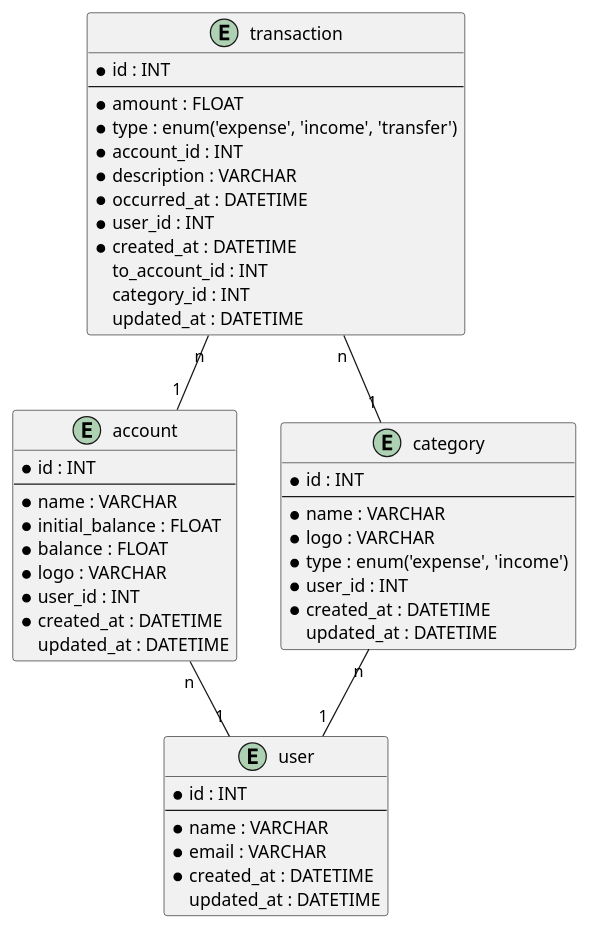
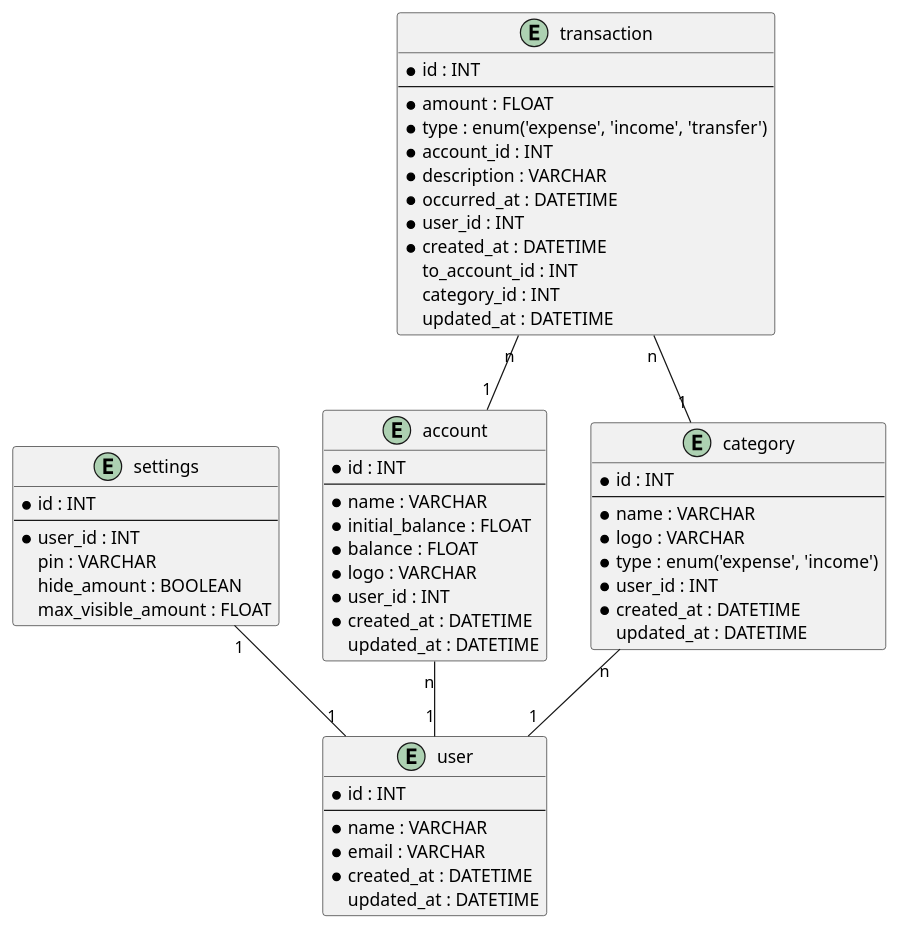
Before and after one commit to ylfyt/duitify: the diagram in docs/erd.puml, drawn with PlantUML. The commit also changed 16 other files, not shown here.

Commit message:
adding settings: hide amount

```diff
--- a/docs/erd.puml
+++ b/docs/erd.puml
@@ -1,56 +1,66 @@
 @startuml erd
 
 entity user {
     * id : INT
     --
     * name : VARCHAR
     * email : VARCHAR
     * created_at : DATETIME
     updated_at : DATETIME
+}
+
+entity settings {
+    * id : INT
+    --
+    * user_id : INT
+    pin : VARCHAR
+    hide_amount : BOOLEAN
+    max_visible_amount : FLOAT
 }
 
 entity account {
     * id : INT
     --
     * name : VARCHAR
     * initial_balance : FLOAT
     * balance : FLOAT
     * logo : VARCHAR
     * user_id : INT
     * created_at : DATETIME
     updated_at : DATETIME
 }
 
 entity category {
     * id : INT
     --
     * name : VARCHAR
     * logo : VARCHAR
     * type : enum('expense', 'income')
     * user_id : INT
     * created_at : DATETIME
     updated_at : DATETIME
 }
 
 
 entity transaction {
     * id : INT
     --
     * amount : FLOAT
     * type : enum('expense', 'income', 'transfer')
     * account_id : INT
     * description : VARCHAR
     * occurred_at : DATETIME
     * user_id : INT
     * created_at : DATETIME
     to_account_id : INT
     category_id : INT
     updated_at : DATETIME
 }
 
 account "n" -- "1" user
 category "n" -- "1" user
 transaction "n" -- "1" account
 transaction "n" -- "1" category
+settings "1" -- "1" user
 
 @enduml
```
